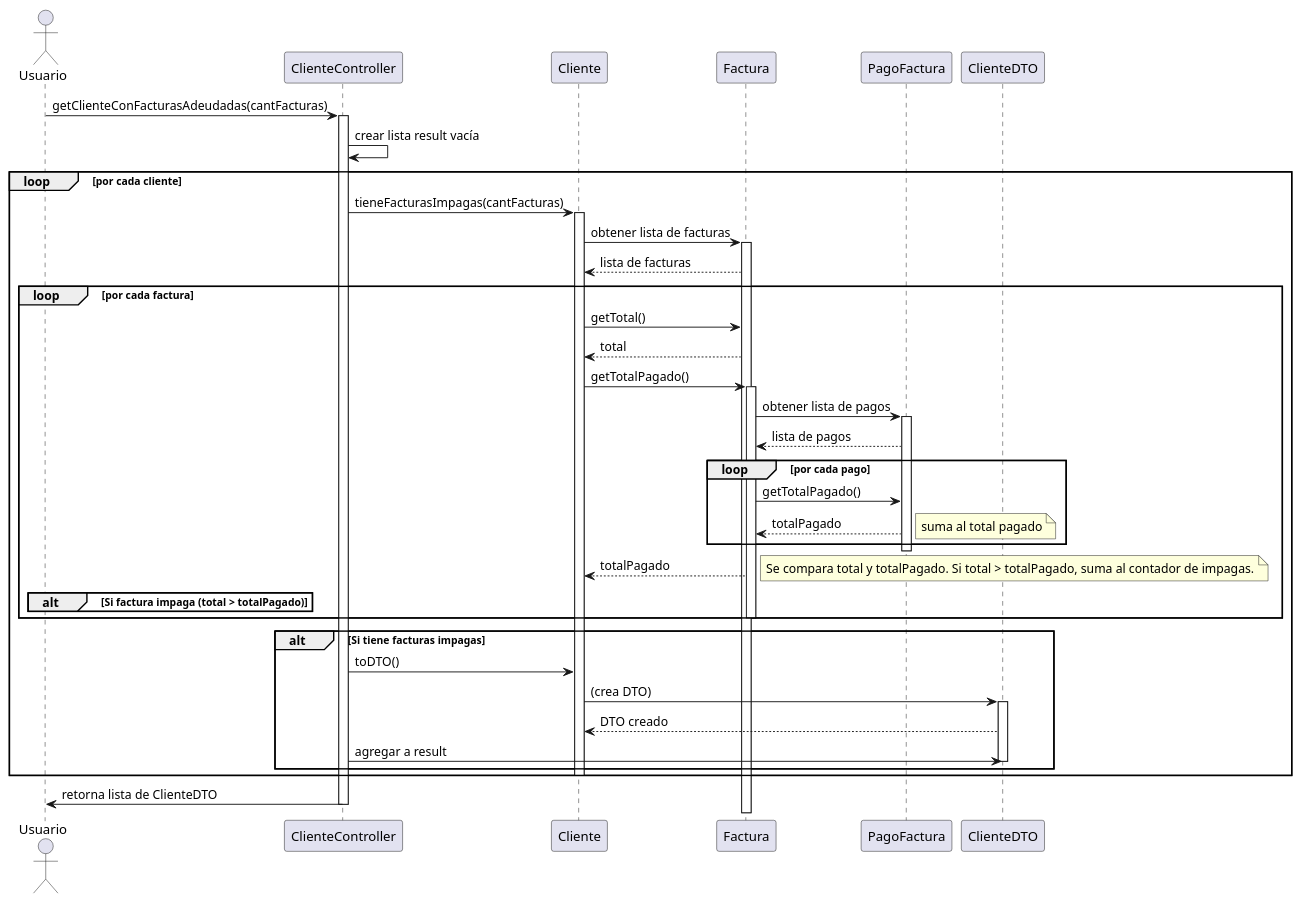
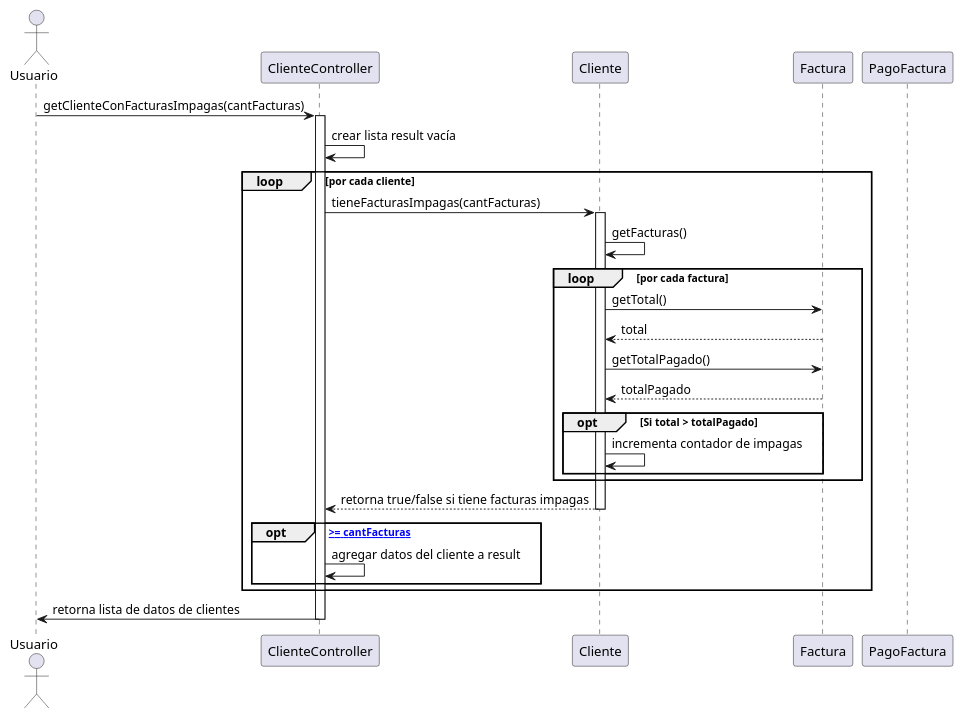
Before and after one commit to CoachEmilio/SimulacroPOO: the diagram in src/main/java/diagrams/getCilenteConFacturasAdeudadas.puml, drawn with PlantUML. The commit also changed 1 other file, not shown here.

Commit message:
Update Class diagram & Sequence Diagram Zoe Feedback >= cantFacturas opt

```diff
--- a/src/main/java/diagrams/getCilenteConFacturasAdeudadas.puml
+++ b/src/main/java/diagrams/getCilenteConFacturasAdeudadas.puml
@@ -1,50 +1,32 @@
 @startuml
 actor Usuario
 participant ClienteController
 participant Cliente
 participant Factura
 participant PagoFactura
-participant ClienteDTO
 
-Usuario -> ClienteController: getClienteConFacturasAdeudadas(cantFacturas)
+Usuario -> ClienteController: getClienteConFacturasImpagas(cantFacturas)
 activate ClienteController
 ClienteController -> ClienteController: crear lista result vacía
 loop por cada cliente
     ClienteController -> Cliente: tieneFacturasImpagas(cantFacturas)
     activate Cliente
-    Cliente -> Factura: obtener lista de facturas
-    activate Factura
-    Factura --> Cliente: lista de facturas
+    Cliente -> Cliente: getFacturas()
     loop por cada factura
         Cliente -> Factura: getTotal()
         Factura --> Cliente: total
         Cliente -> Factura: getTotalPagado()
-        activate Factura
-        Factura -> PagoFactura: obtener lista de pagos
-        activate PagoFactura
-        PagoFactura --> Factura: lista de pagos
-        loop por cada pago
-            Factura -> PagoFactura: getTotalPagado()
-            PagoFactura --> Factura: totalPagado
-            note right: suma al total pagado
+        Factura --> Cliente: totalPagado
+        opt Si total > totalPagado
+            Cliente -> Cliente: incrementa contador de impagas
         end
-        deactivate PagoFactura
-        Factura --> Cliente: totalPagado
-        alt Si factura impaga (total > totalPagado)
-            note right: Se compara total y totalPagado. Si total > totalPagado, suma al contador de impagas.
-        end
-        deactivate Factura
     end
-    alt Si tiene facturas impagas
-        ClienteController -> Cliente: toDTO()
-        Cliente -> ClienteDTO: (crea DTO)
-        activate ClienteDTO
-        ClienteDTO --> Cliente: DTO creado
-        ClienteController -> ClienteDTO: agregar a result
-        deactivate ClienteDTO
+    Cliente --> ClienteController: retorna true/false si tiene facturas impagas
+    deactivate Cliente
+    opt [facturasImpagas >= cantFacturas]
+        ClienteController -> ClienteController: agregar datos del cliente a result
     end
-    deactivate Cliente
 end
-ClienteController -> Usuario: retorna lista de ClienteDTO
+ClienteController -> Usuario: retorna lista de datos de clientes
 deactivate ClienteController
 @enduml
```
